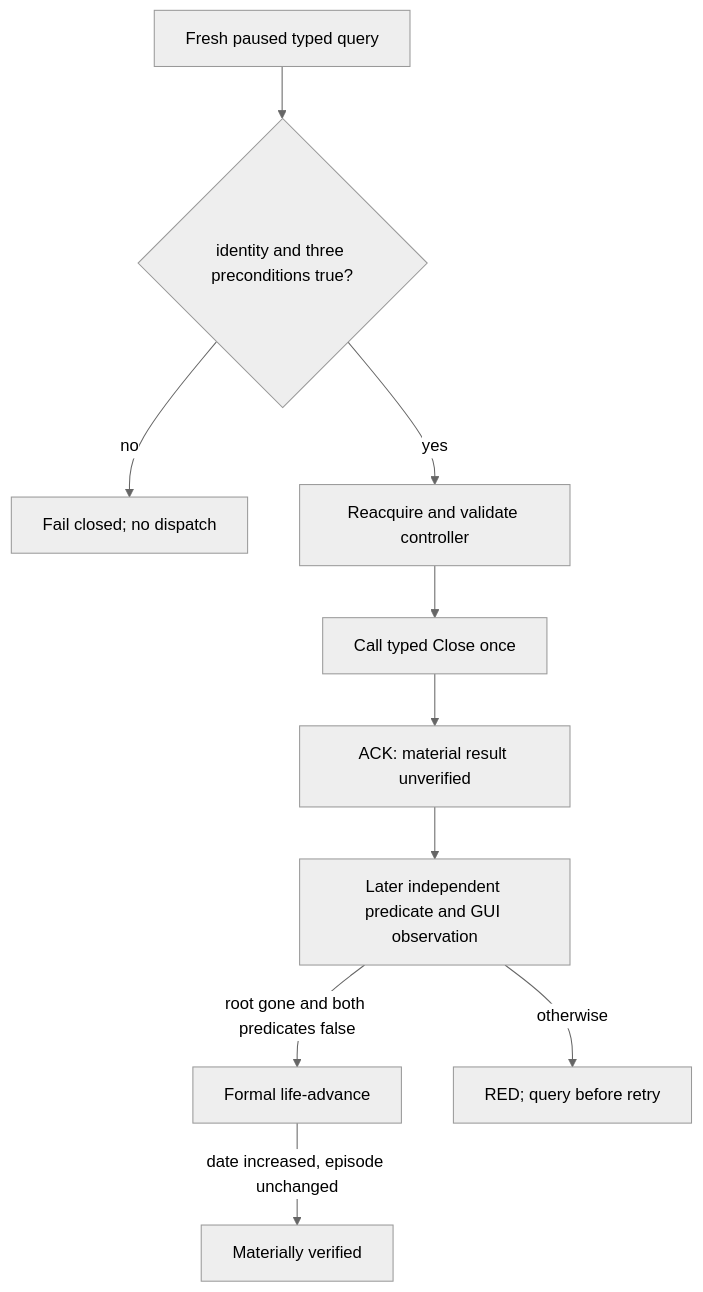
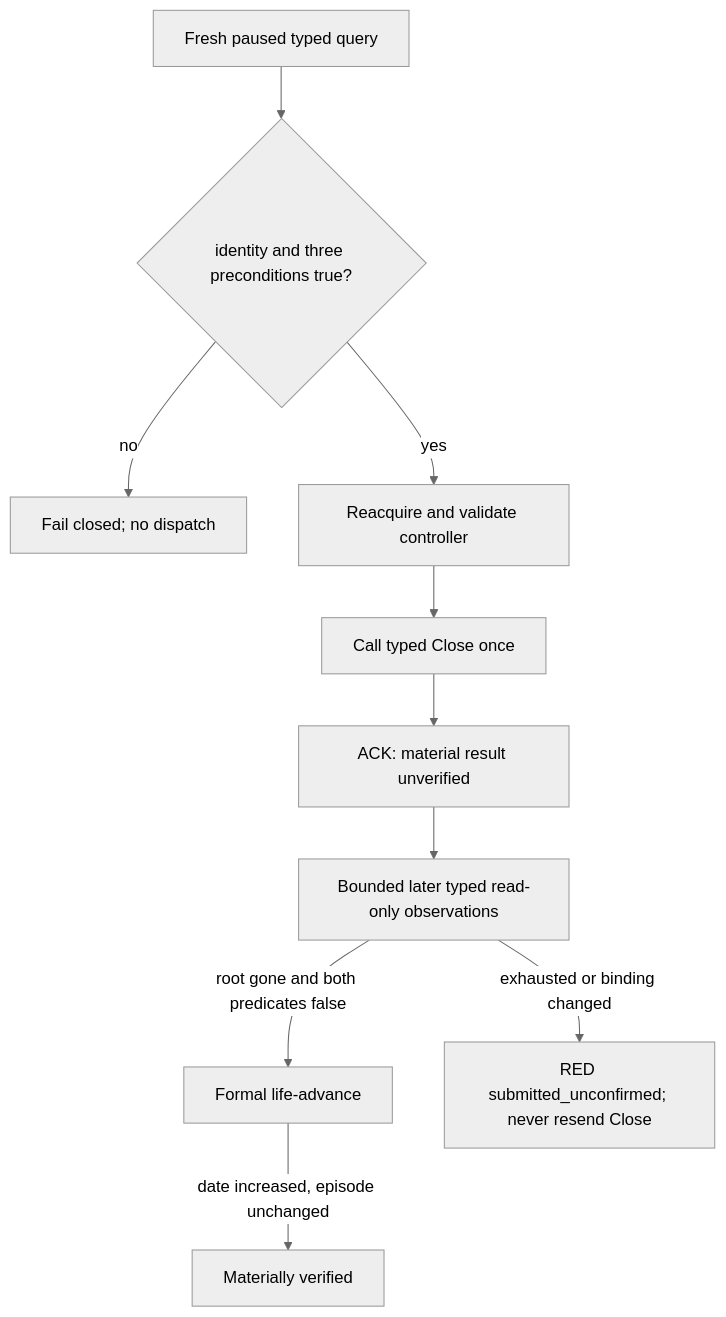
The diagram in docs/ck3-native-ai/death-succession-modal-continue-v1.md (XenoAmess/ck3_eternal_recurrence), drawn with Mermaid (neutral theme) before and after one commit. The commit also changed other lines of this file and 6 other files, not shown here.

Commit message:
G2-M3 preserve submitted succession Close evidence

````diff
--- a/docs/ck3-native-ai/death-succession-modal-continue-v1.md
+++ b/docs/ck3-native-ai/death-succession-modal-continue-v1.md
@@ -114,12 +131,12 @@
 ```mermaid
 flowchart TD
     Q[Fresh paused typed query] --> P{identity and three preconditions true?}
     P -->|no| F[Fail closed; no dispatch]
     P -->|yes| A[Reacquire and validate controller]
     A --> C[Call typed Close once]
     C --> K[ACK: material result unverified]
-    K --> O[Later independent predicate and GUI observation]
+    K --> O[Bounded later typed read-only observations]
     O -->|root gone and both predicates false| L[Formal life-advance]
-    O -->|otherwise| R[RED; query before retry]
+    O -->|exhausted or binding changed| R[RED submitted_unconfirmed; never resend Close]
     L -->|date increased, episode unchanged| V[Materially verified]
 ```
````
